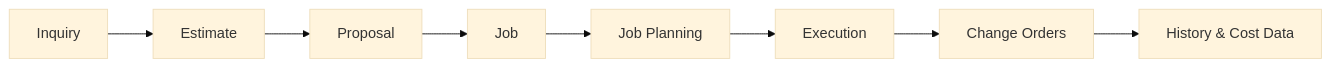
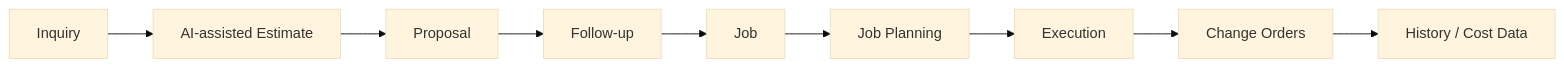
One commit to mtmclennan/estivor-showcase changed the sixth of 6 diagrams in README.md. Above: the diagram before and after it, drawn with Mermaid (base theme). The commit also changed other lines of this file, not shown here.

First line of the commit message:
Revise README to highlight AI-assisted features

````diff
--- a/README.md
+++ b/README.md
@@ -537,10 +769,11 @@
 ```mermaid
 flowchart LR
-    A["Inquiry"] --> B["Estimate"]
+    A["Inquiry"] --> B["AI-assisted Estimate"]
     B --> C["Proposal"]
-    C --> D["Job"]
-    D --> E["Job Planning"]
-    E --> F["Execution"]
-    F --> G["Change Orders"]
-    G --> H["History & Cost Data"]
+    C --> D["Follow-up"]
+    D --> E["Job"]
+    E --> F["Job Planning"]
+    F --> G["Execution"]
+    G --> H["Change Orders"]
+    H --> I["History / Cost Data"]
 ```
````
